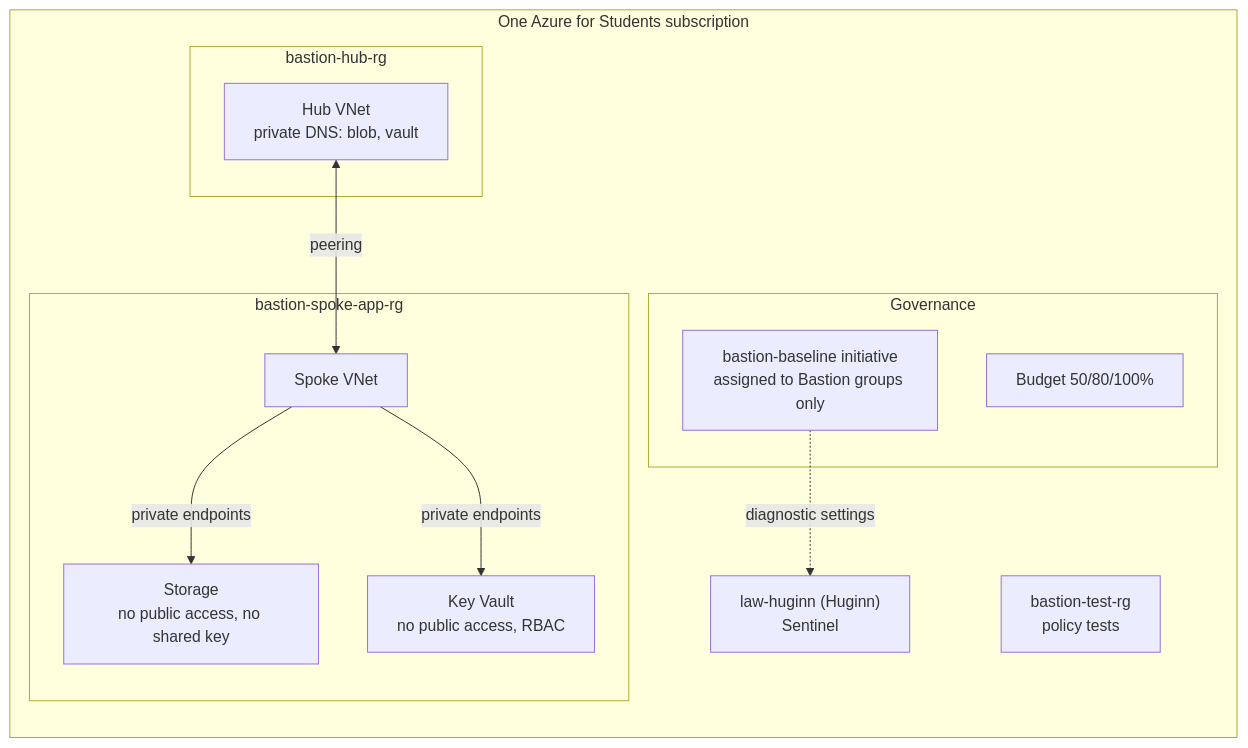
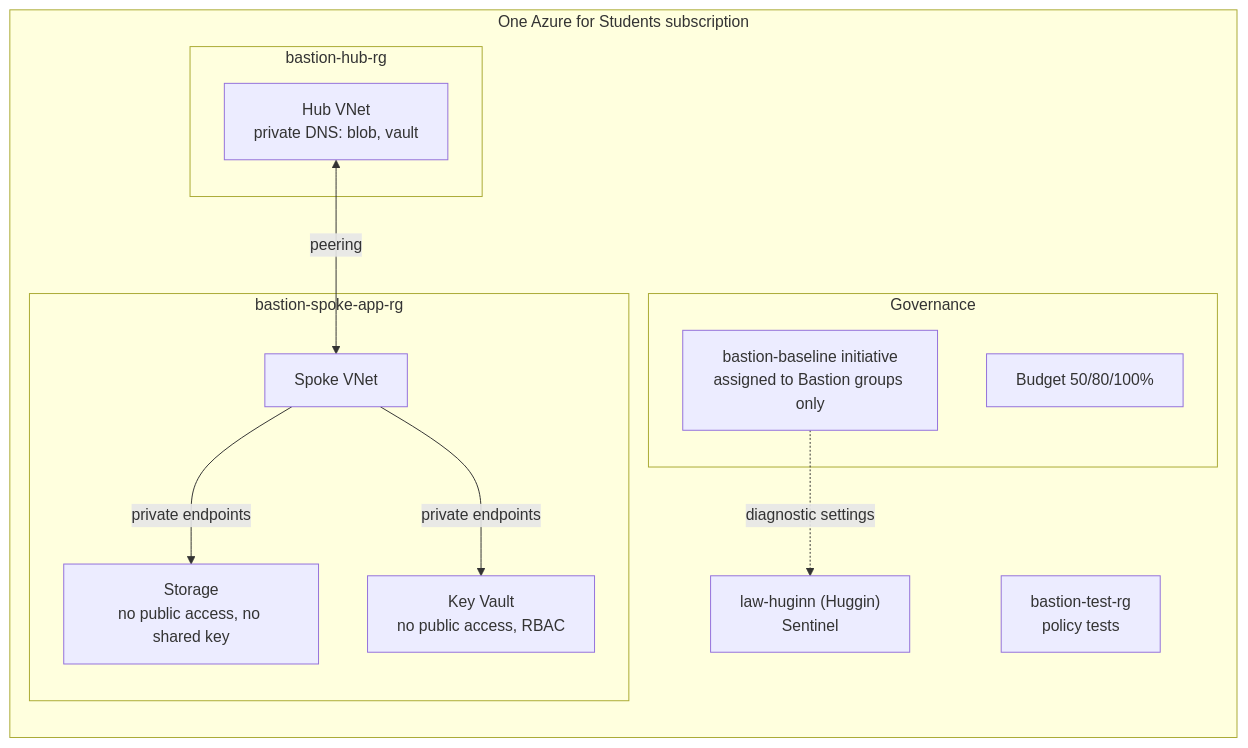
Before and after one commit to MarwenOnGit/Bastion: the diagram in README.md, drawn with Mermaid. The commit also changed other lines of this file and 22 other files, not shown here.

````diff
--- a/README.md
+++ b/README.md
@@ -36,23 +41,23 @@
 ```mermaid
 flowchart LR
   subgraph sub["One Azure for Students subscription"]
     subgraph gov["Governance"]
       pol["bastion-baseline initiative<br/>assigned to Bastion groups only"]
       bud["Budget 50/80/100%"]
     end
     subgraph hubrg["bastion-hub-rg"]
       hub["Hub VNet<br/>private DNS: blob, vault"]
     end
     subgraph spokerg["bastion-spoke-app-rg"]
       spoke["Spoke VNet"]
       st["Storage<br/>no public access, no shared key"]
       kv["Key Vault<br/>no public access, RBAC"]
     end
     test["bastion-test-rg<br/>policy tests"]
-    law["law-huginn (Huginn)<br/>Sentinel"]
+    law["law-huginn (Huggin)<br/>Sentinel"]
   end
   hub <-- peering --> spoke
   spoke -- private endpoints --> st
   spoke -- private endpoints --> kv
   pol -. diagnostic settings .-> law
 ```
````
